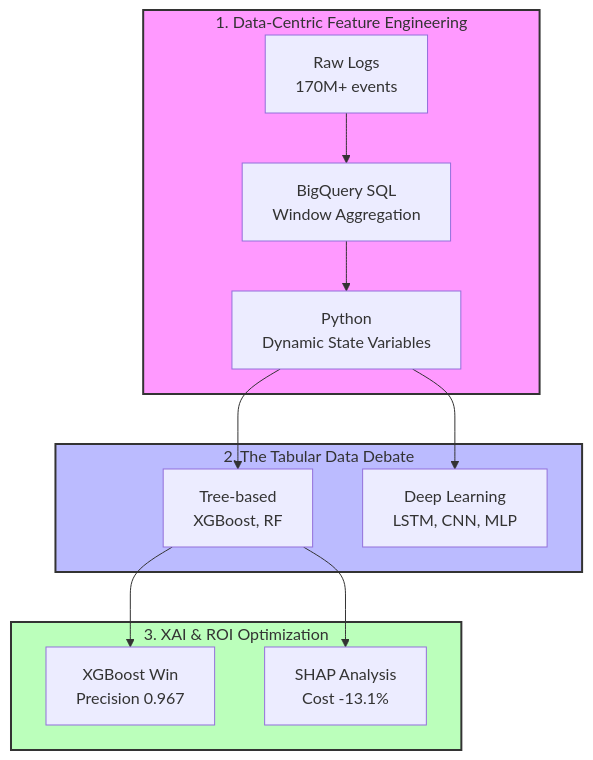
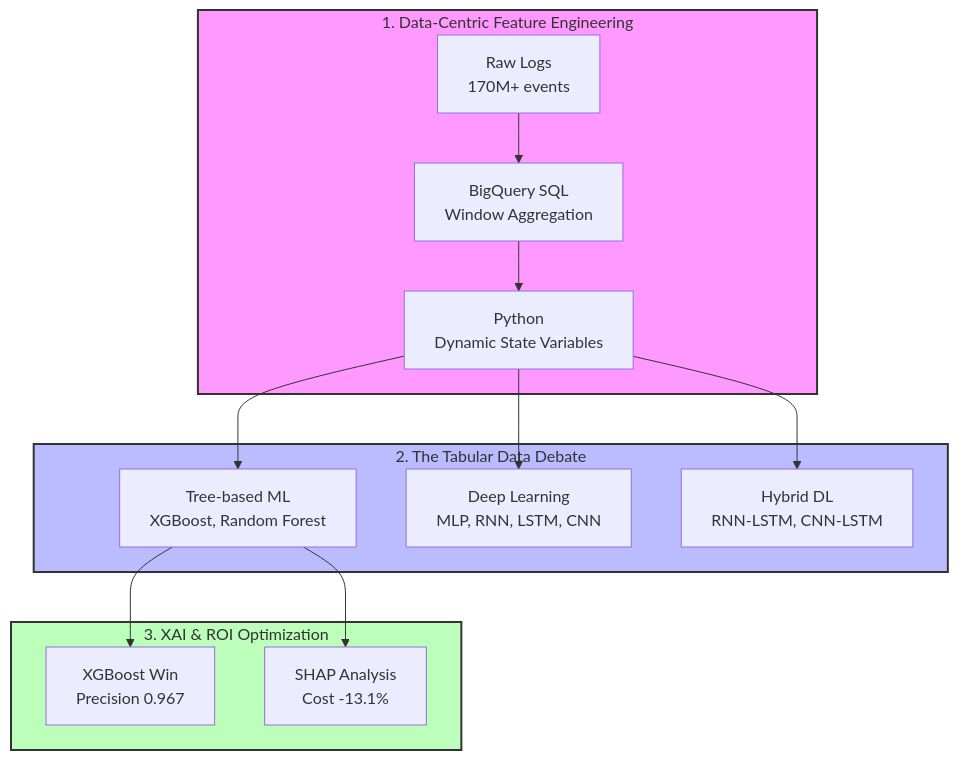
Before and after one commit to junhyung-L/Marketing-Fatigue-Analysis: the diagram in README.md, drawn with Mermaid.

Commit message:
Update diagram to list all 8 models

````diff
--- a/README.md
+++ b/README.md
@@ -51,21 +51,22 @@
 ```mermaid
 graph TD
     subgraph Feature_Engineering [1. Data-Centric Feature Engineering]
         A[Raw Logs <br> 170M+ events] --> B[BigQuery SQL <br> Window Aggregation]
         B --> C[Python <br> Dynamic State Variables]
     end
 
     subgraph Algorithm_Debate [2. The Tabular Data Debate]
-        C --> D[Tree-based <br> XGBoost, RF]
-        C --> E[Deep Learning <br> LSTM, CNN, MLP]
+        C --> D[Tree-based ML <br> XGBoost, Random Forest]
+        C --> E[Deep Learning <br> MLP, RNN, LSTM, CNN]
+        C --> H[Hybrid DL <br> RNN-LSTM, CNN-LSTM]
     end
 
     subgraph Business_Impact [3. XAI & ROI Optimization]
         D --> F[XGBoost Win <br> Precision 0.967]
         D --> G[SHAP Analysis <br> Cost -13.1%]
     end
     
     style Feature_Engineering fill:#f9f,stroke:#333,stroke-width:2px
     style Algorithm_Debate fill:#bbf,stroke:#333,stroke-width:2px
     style Business_Impact fill:#bfb,stroke:#333,stroke-width:2px
 ```
````
